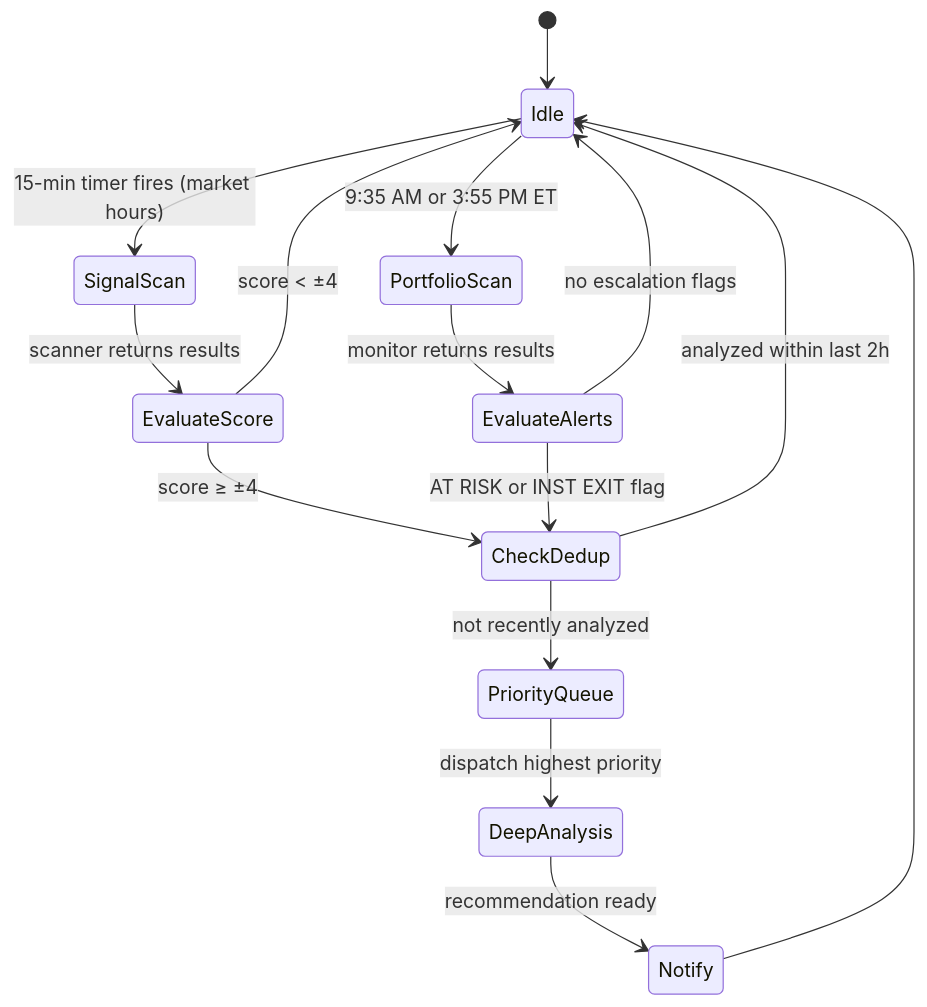
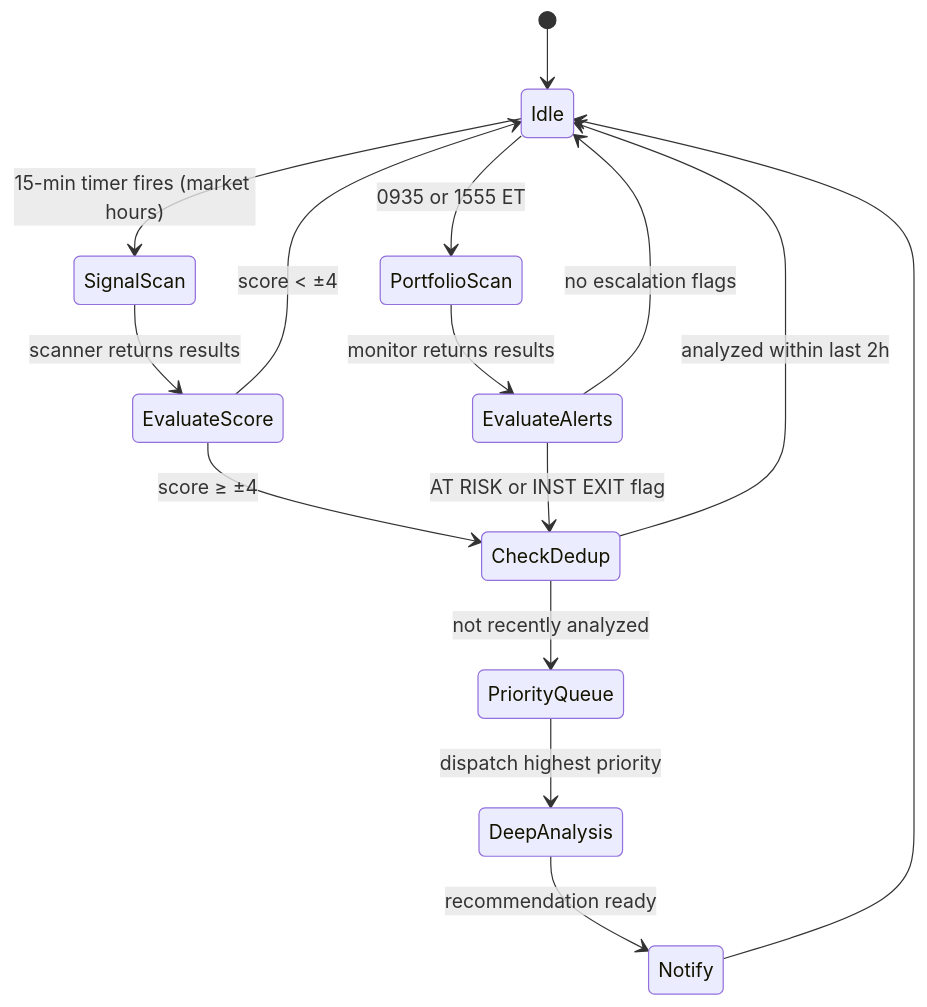
One commit to JohnFunkCode/StockPortfolioManager changed the seventh of 7 diagrams in docs/agentic-market-intelligence-proposal.md. Above: the diagram before and after it, drawn with Mermaid.

Commit message:
Fixed a diagram issue.

````diff
--- a/docs/agentic-market-intelligence-proposal.md
+++ b/docs/agentic-market-intelligence-proposal.md
@@ -534,22 +534,22 @@
 ```mermaid
 stateDiagram-v2
     [*] --> Idle
 
     Idle --> SignalScan : 15-min timer fires (market hours)
-    Idle --> PortfolioScan : 9:35 AM or 3:55 PM ET
+    Idle --> PortfolioScan : 0935 or 1555 ET
 
     SignalScan --> EvaluateScore : scanner returns results
     EvaluateScore --> Idle : score < ±4
     EvaluateScore --> CheckDedup : score ≥ ±4
 
     PortfolioScan --> EvaluateAlerts : monitor returns results
     EvaluateAlerts --> Idle : no escalation flags
     EvaluateAlerts --> CheckDedup : AT RISK or INST EXIT flag
 
     CheckDedup --> Idle : analyzed within last 2h
     CheckDedup --> PriorityQueue : not recently analyzed
 
     PriorityQueue --> DeepAnalysis : dispatch highest priority
     DeepAnalysis --> Notify : recommendation ready
     Notify --> Idle
 ```
````
